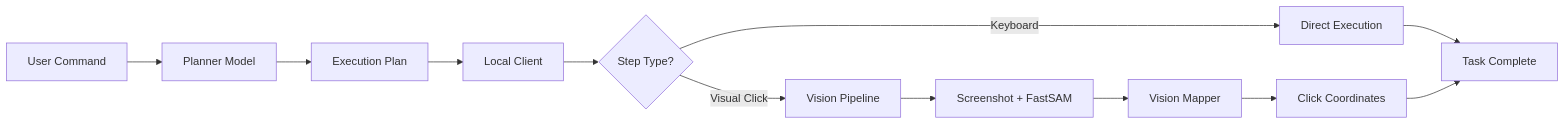
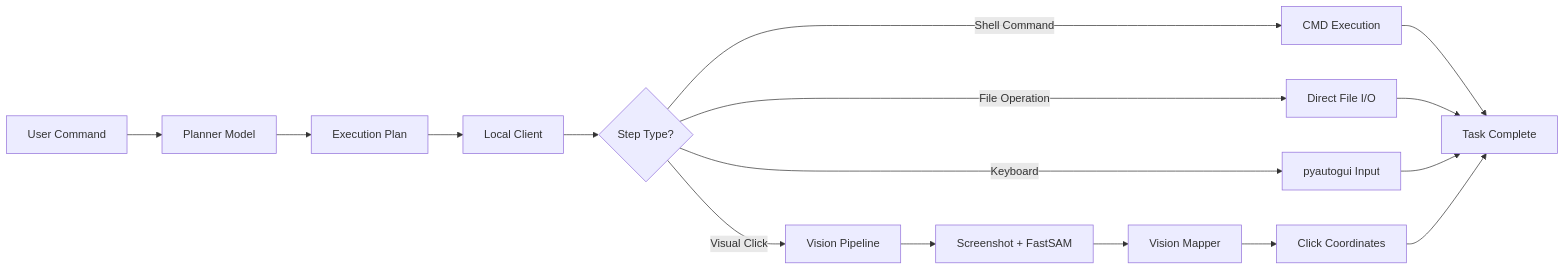
One commit to Bada-Don/Jarvis changed the first of 7 diagrams in PROJECT_DOCUMENTATION.md. Above: the diagram before and after it, drawn with Mermaid. The commit also changed other lines of this file and 2 other files, not shown here.

````diff
--- a/PROJECT_DOCUMENTATION.md
+++ b/PROJECT_DOCUMENTATION.md
@@ -17,14 +18,18 @@
 ```mermaid
 flowchart LR
     A[User Command] --> B[Planner Model]
     B --> C[Execution Plan]
     C --> D[Local Client]
     D --> E{Step Type?}
-    E -->|Keyboard| F[Direct Execution]
-    E -->|Visual Click| G[Vision Pipeline]
-    G --> H[Screenshot + FastSAM]
-    H --> I[Vision Mapper]
-    I --> J[Click Coordinates]
-    F --> K[Task Complete]
-    J --> K
+    E -->|Shell Command| F[CMD Execution]
+    E -->|File Operation| G[Direct File I/O]
+    E -->|Keyboard| H[pyautogui Input]
+    E -->|Visual Click| I[Vision Pipeline]
+    I --> J[Screenshot + FastSAM]
+    J --> K[Vision Mapper]
+    K --> L[Click Coordinates]
+    F --> M[Task Complete]
+    G --> M
+    H --> M
+    L --> M
 ```
````
